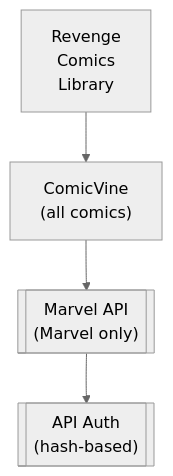
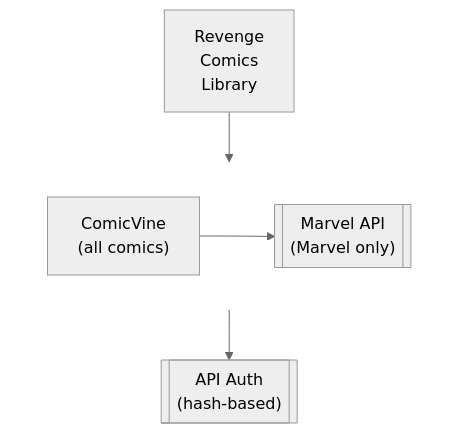
Before and after one commit to lusoris/revenge: the diagram in docs/dev/design/integrations/metadata/comics/MARVEL_API.md, drawn with Mermaid (neutral theme). The commit also changed 210 other files, not shown here.

First line of the commit message:
feat(docs): Add horizontal layout support for Mermaid diagrams

````diff
--- a/docs/dev/design/integrations/metadata/comics/MARVEL_API.md
+++ b/docs/dev/design/integrations/metadata/comics/MARVEL_API.md
@@ -57,10 +57,16 @@
 ```mermaid
 flowchart TD
     node1["Revenge<br/>Comics<br/>Library"]
-    node2["ComicVine<br/>(all comics)"]
-    node3[["Marvel API<br/>(Marvel only)"]]
+    subgraph row1[ ]
+        direction LR
+        node2["ComicVine<br/>(all comics)"]
+        node3[["Marvel API<br/>(Marvel only)"]]
+    end
     node4[["API Auth<br/>(hash-based)"]]
     node2 --> node3
     node1 --> node2
     node3 --> node4
+
+    %% Hide row subgraph borders
+    style row1 fill:transparent,stroke:transparent
 ```
````
